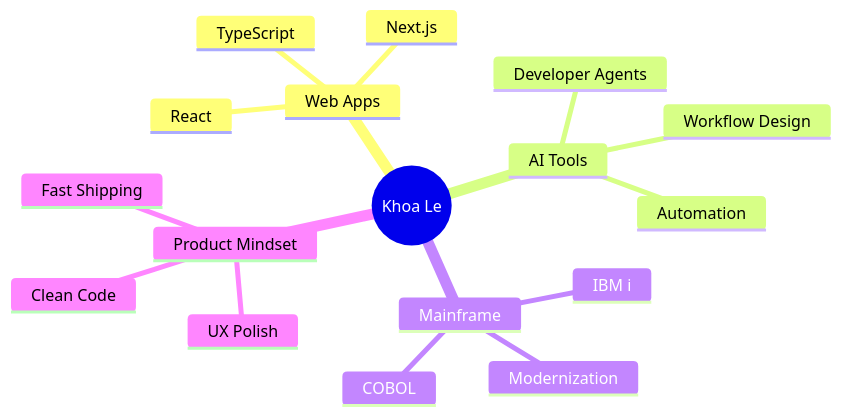
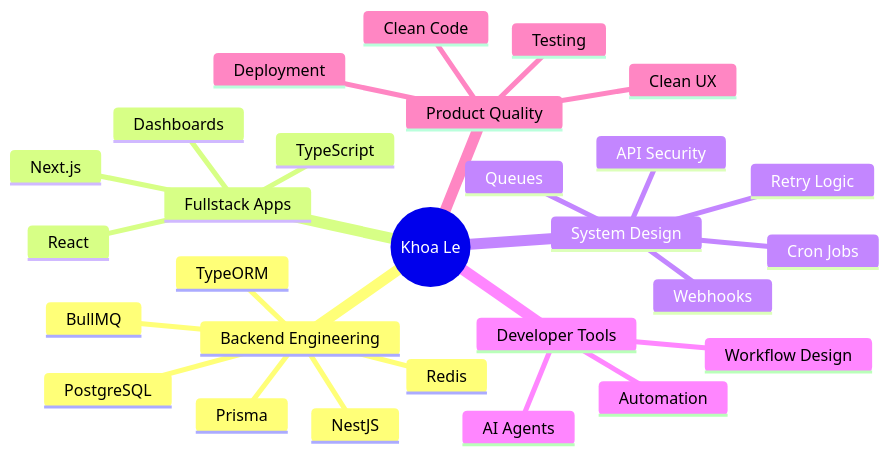
Before and after one commit to thienkhoalew/thienkhoalew: the third of 3 diagrams in README.md, drawn with Mermaid. The commit also changed other lines of this file, not shown here.

First line of the commit message:
Revise README for clarity and focus on fullstack development

````diff
--- a/README.md
+++ b/README.md
@@ -151,20 +237,31 @@
 ```mermaid
 mindmap
   root((Khoa Le))
-    Web Apps
+    Backend Engineering
+      NestJS
+      PostgreSQL
+      TypeORM
+      Prisma
+      Redis
+      BullMQ
+    Fullstack Apps
+      Next.js
       React
-      Next.js
       TypeScript
-    AI Tools
-      Developer Agents
+      Dashboards
+    System Design
+      Webhooks
+      Queues
+      Cron Jobs
+      Retry Logic
+      API Security
+    Developer Tools
       Automation
+      AI Agents
       Workflow Design
-    Mainframe
-      COBOL
-      IBM i
-      Modernization
-    Product Mindset
-      UX Polish
+    Product Quality
+      Clean UX
       Clean Code
-      Fast Shipping
+      Testing
+      Deployment
 ```
````
